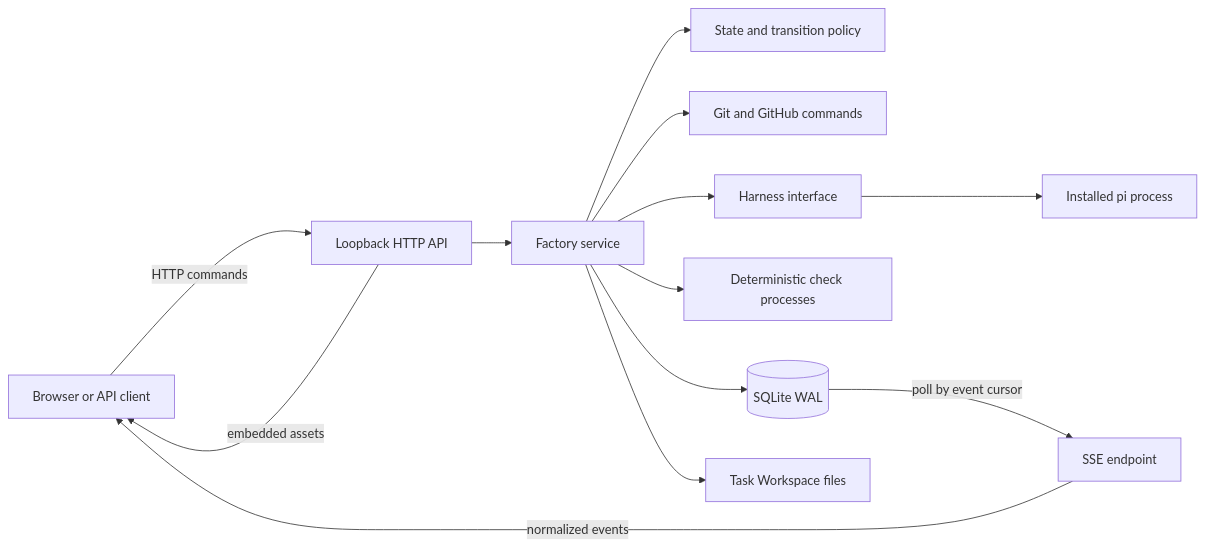
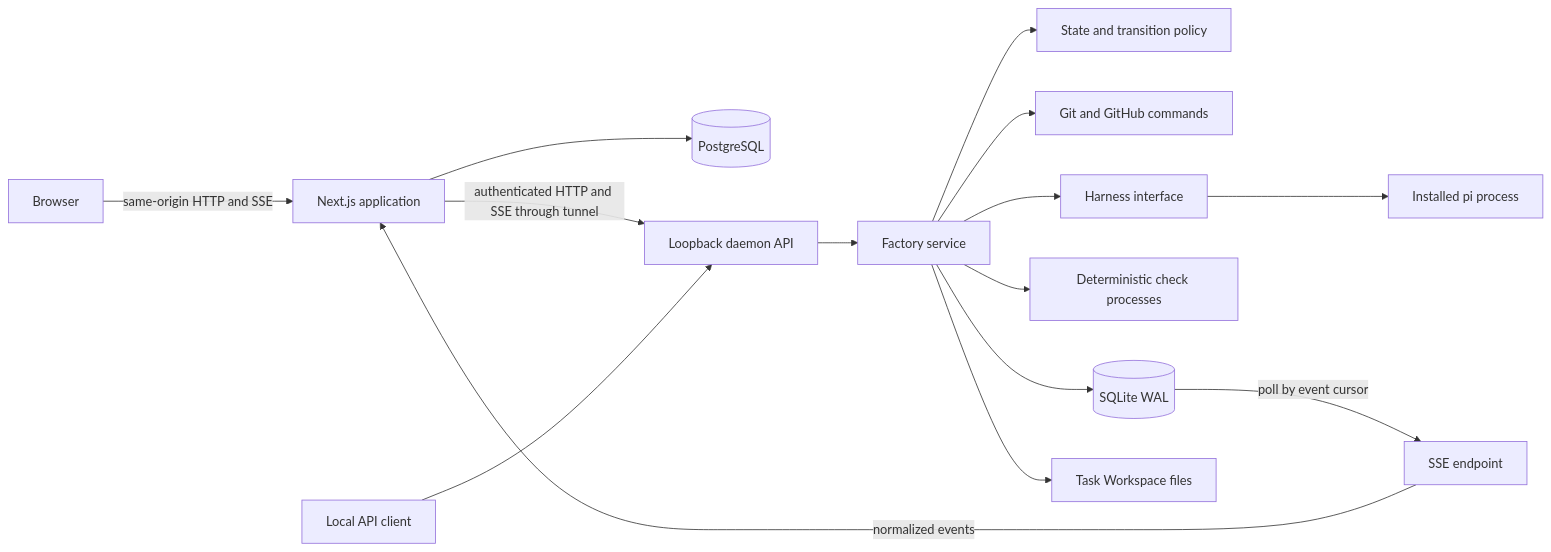
One commit to jurabek/software-factory changed the first of 4 diagrams in docs/ARCHITECTURE.md. Above: the diagram before and after it, drawn with Mermaid. The commit also changed other lines of this file and 162 other files, not shown here.

First line of the commit message:
Splitting Daemon and Application layer (#2)

````diff
--- a/docs/ARCHITECTURE.md
+++ b/docs/ARCHITECTURE.md
@@ -11,15 +11,17 @@
 ```mermaid
 flowchart LR
-    User[Browser or API client] -->|HTTP commands| API[Loopback HTTP API]
+    User[Browser] -->|same-origin HTTP and SSE| App[Next.js application]
+    App --> AppDB[(PostgreSQL)]
+    App -->|authenticated HTTP and SSE through tunnel| API[Loopback daemon API]
+    Client[Local API client] --> API
     API --> Factory[Factory service]
     Factory --> Policy[State and transition policy]
     Factory --> Git[Git and GitHub commands]
     Factory --> Harness[Harness interface]
     Harness --> Pi[Installed pi process]
     Factory --> Checks[Deterministic check processes]
     Factory --> Store[(SQLite WAL)]
     Factory --> Files[Task Workspace files]
     Store -->|poll by event cursor| SSE[SSE endpoint]
-    SSE -->|normalized events| User
-    API -->|embedded assets| User
+    SSE -->|normalized events| App
 ```
````
